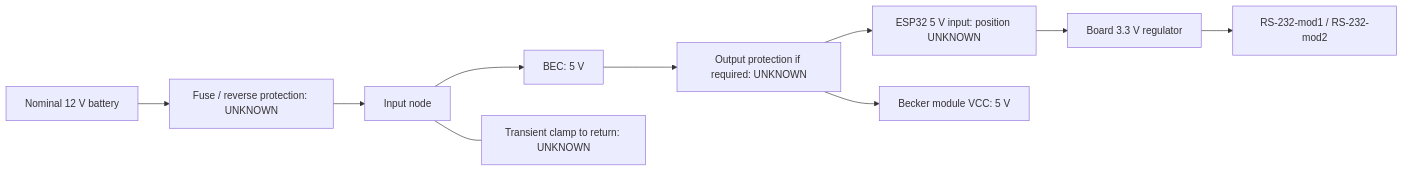
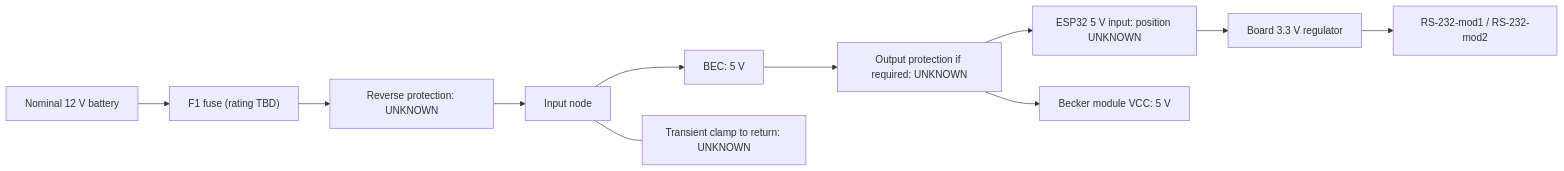
Before and after one commit to MomoRC-tech/Becker-AR6201-to-OpenSoar: the second of 2 diagrams in docs/connections.md, drawn with Mermaid. The commit also changed 1 other file, not shown here.

Commit message:
docs: show dedicated F1 fuse in power diagram

````diff
--- a/docs/connections.md
+++ b/docs/connections.md
@@ -167,10 +167,11 @@
 ```mermaid
 flowchart LR
-    S["Nominal 12 V battery"] --> P["Fuse / reverse protection: UNKNOWN"]
+    S["Nominal 12 V battery"] --> F1["F1 fuse (rating TBD)"]
+    F1 --> P["Reverse protection: UNKNOWN"]
     P --> I[Input node] --> B["BEC: 5 V"]
     I --- T["Transient clamp to return: UNKNOWN"]
     B --> V["Output protection if required: UNKNOWN"] --> E["ESP32 5 V input: position UNKNOWN"]
     E --> R[Board 3.3 V regulator]
     R --> C["RS-232-mod1 / RS-232-mod2"]
     V --> Q["Becker module VCC: 5 V"]
 ```
````
